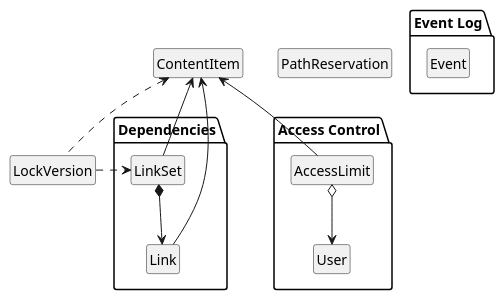
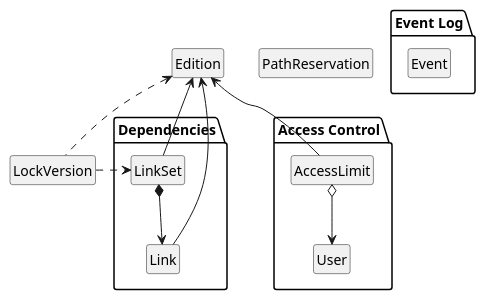
The diagram in doc/model/object-model.plantuml (alphagov/publishing-api), drawn with PlantUML before and after one commit. The commit also changed 163 other files, not shown here.

```diff
--- a/doc/model/object-model.plantuml
+++ b/doc/model/object-model.plantuml
@@ -1,35 +1,35 @@
 @startuml
 
 hide circle
 hide empty fields
 hide empty methods
 
-class ContentItem
+class Edition
 class LockVersion
 class PathReservation
 
 package "Dependencies" {
   class LinkSet
   class Link
 }
 
 package "Event Log" {
   class Event
 }
 
 package "Access Control" {
   class AccessLimit
   class User
 }
 
-ContentItem <-- LinkSet
-ContentItem <-up- Link
+Edition <-- LinkSet
+Edition <-up- Link
 LinkSet *--> Link
 
-ContentItem <.. LockVersion
+Edition <.. LockVersion
 
-ContentItem <-down- AccessLimit
+Edition <-down- AccessLimit
 LockVersion ..> LinkSet
 AccessLimit o--> User
 
 @enduml
```
